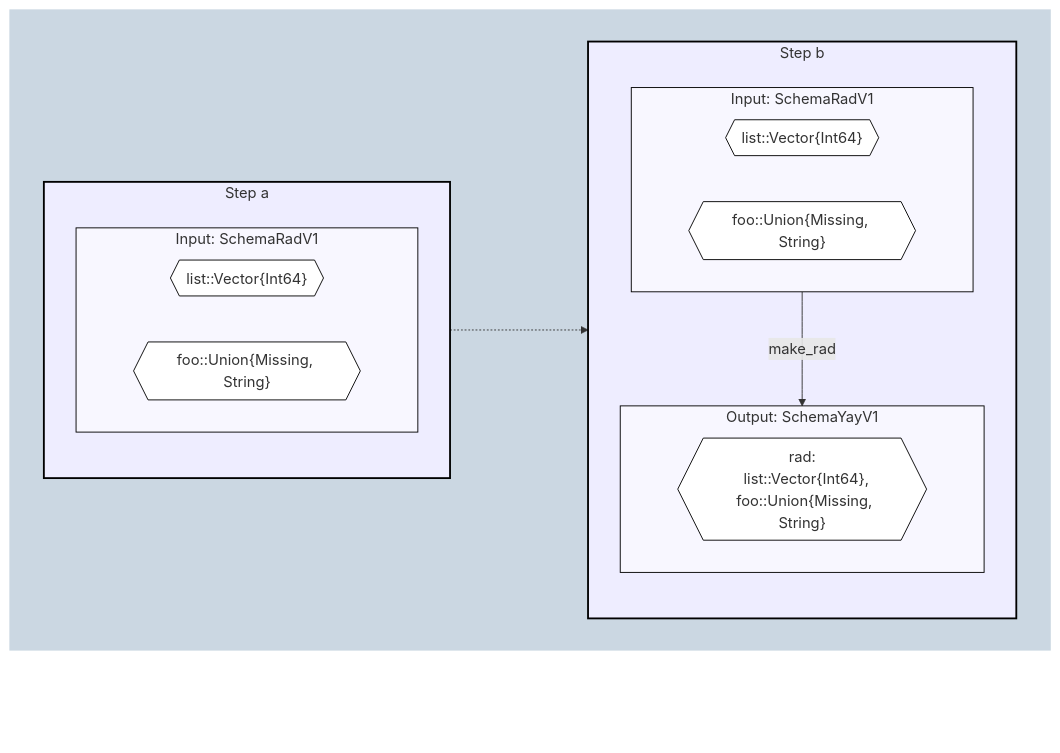
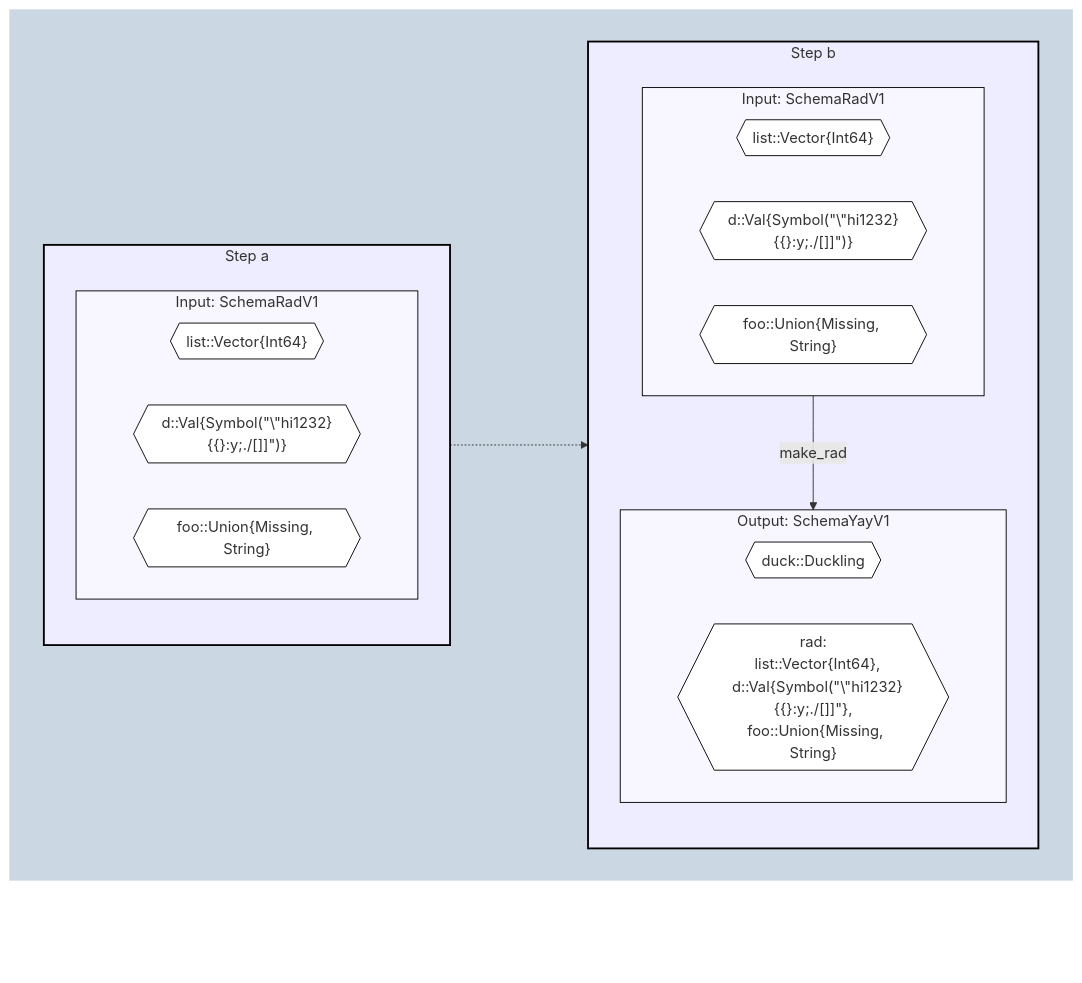
The diagram in test/reference_tests/mermaid_custom.md (beacon-biosignals/TransformSpecifications.jl), drawn with Mermaid before and after one commit. The commit also changed 4 other files, not shown here.

````diff
--- a/test/reference_tests/mermaid_custom.md
+++ b/test/reference_tests/mermaid_custom.md
@@ -1,48 +1,55 @@
 ```mermaid
 flowchart
 
 %% Define steps (nodes)
 subgraph OUTERLEVEL["` `"]
 direction LR
 subgraph STEP_A["Step a"]
   direction TB
   subgraph STEP_A_InputSchema["Input: SchemaRadV1"]
     direction RL
     STEP_A_InputSchemalist{{"list::Vector{Int64}"}}
     class STEP_A_InputSchemalist classSpecField
+    STEP_A_InputSchemad{{"d::Val{Symbol(#quot;\#quot;hi1232}{{}:y;./[]]#quot;)}"}}
+    class STEP_A_InputSchemad classSpecField
     STEP_A_InputSchemafoo{{"foo::Union{Missing, String}"}}
     class STEP_A_InputSchemafoo classSpecField
   end
   class STEP_A_InputSchema classSpec
 end
 subgraph STEP_B["Step b"]
   direction TB
   subgraph STEP_B_InputSchema["Input: SchemaRadV1"]
     direction RL
     STEP_B_InputSchemalist{{"list::Vector{Int64}"}}
     class STEP_B_InputSchemalist classSpecField
+    STEP_B_InputSchemad{{"d::Val{Symbol(#quot;\#quot;hi1232}{{}:y;./[]]#quot;)}"}}
+    class STEP_B_InputSchemad classSpecField
     STEP_B_InputSchemafoo{{"foo::Union{Missing, String}"}}
     class STEP_B_InputSchemafoo classSpecField
   end
   subgraph STEP_B_OutputSchema["Output: SchemaYayV1"]
     direction RL
+    STEP_B_OutputSchemaduck{{"duck::Duckling"}}
+    class STEP_B_OutputSchemaduck classSpecField
     STEP_B_OutputSchemarad{{"rad:
   list::Vector{Int64},
+  d::Val{Symbol(#quot;\#quot;hi1232}{{}:y;./[]]#quot;},
   foo::Union{Missing, String}"}}
     class STEP_B_OutputSchemarad classSpecField
   end
   STEP_B_InputSchema:::classSpec -- make_rad --> STEP_B_OutputSchema:::classSpec
 end
 
 %% Link steps (edges)
 STEP_A:::classStep -..-> STEP_B:::classStep
 
 end
 OUTERLEVEL:::classOuter ~~~ OUTERLEVEL:::classOuter
 
 %% Styling definitions
 classDef classOuter fill:#cbd7e2,stroke:#000,stroke-width:0px;
 classDef classStep fill:#eeedff,stroke:#000,stroke-width:2px;
 classDef classSpec fill:#f8f7ff,stroke:#000,stroke-width:1px;
 classDef classSpecField fill:#fff,stroke:#000,stroke-width:1px;
 ```
````
